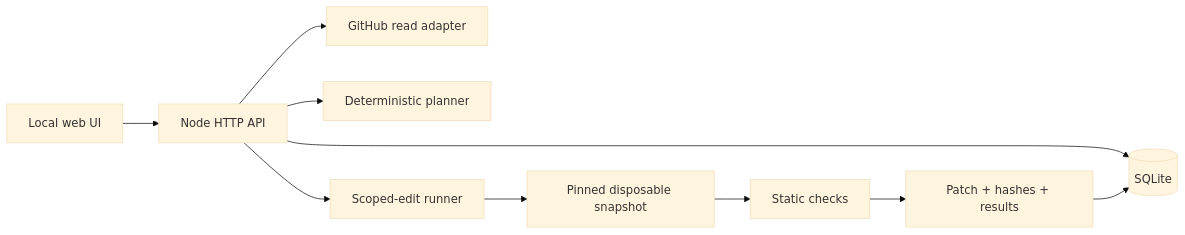
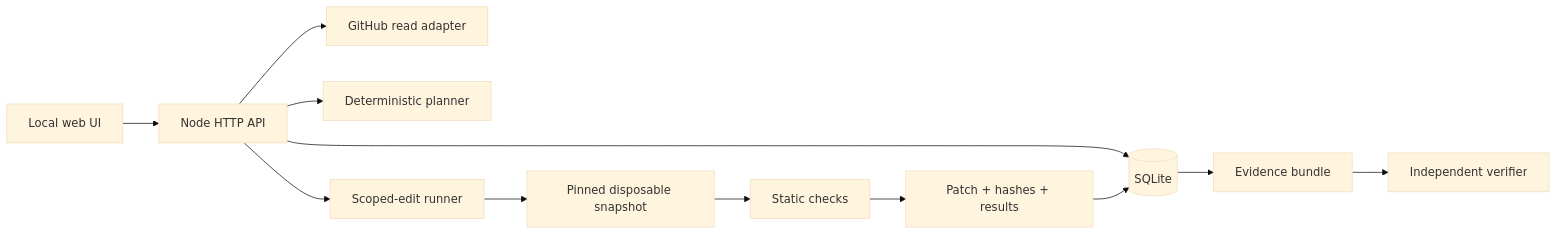
One commit to Voyagerroc/voyagerroc-forge changed the diagram in README.md. Above: the diagram before and after it, drawn with Mermaid (base theme). The commit also changed other lines of this file and 19 other files, not shown here.

````diff
--- a/README.md
+++ b/README.md
@@ -75,12 +117,14 @@
 ```mermaid
 flowchart LR
   UI[Local web UI] --> API[Node HTTP API]
   API --> DB[(SQLite)]
   API --> GH[GitHub read adapter]
   API --> PLAN[Deterministic planner]
   API --> RUN[Scoped-edit runner]
   RUN --> SNAP[Pinned disposable snapshot]
   SNAP --> CHECK[Static checks]
   CHECK --> EVIDENCE[Patch + hashes + results]
   EVIDENCE --> DB
+  DB --> BUNDLE[Evidence bundle]
+  BUNDLE --> VERIFY[Independent verifier]
 ```
````
